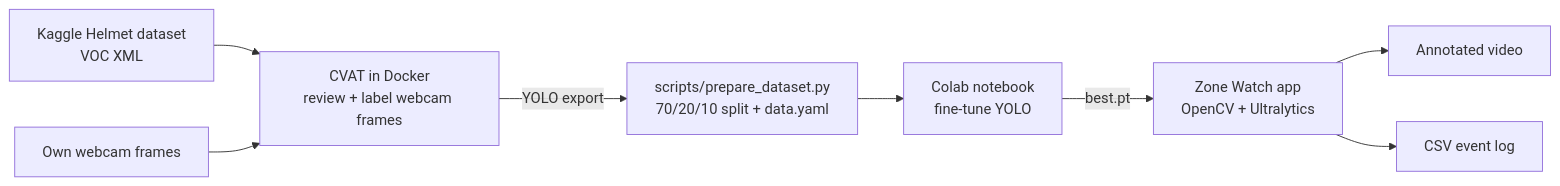
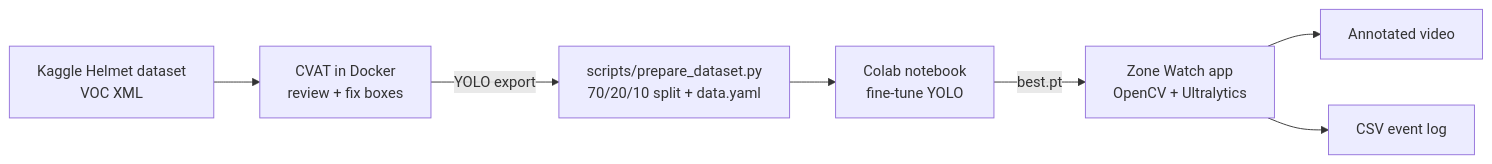
Before and after one commit to HasibeeGencc/zone-watch: the diagram in README.md, drawn with Mermaid. The commit also changed other lines of this file and 2 other files, not shown here.

Commit message:
feat(data): add CVAT packaging and reproducible dataset split

````diff
--- a/README.md
+++ b/README.md
@@ -20,10 +20,9 @@
 ```mermaid
 flowchart LR
-    A[Kaggle Helmet dataset<br/>VOC XML] --> B[CVAT in Docker<br/>review + label webcam frames]
-    W[Own webcam frames] --> B
+    A[Kaggle Helmet dataset<br/>VOC XML] --> B[CVAT in Docker<br/>review + fix boxes]
     B -->|YOLO export| C[scripts/prepare_dataset.py<br/>70/20/10 split + data.yaml]
     C --> D[Colab notebook<br/>fine-tune YOLO]
     D -->|best.pt| E[Zone Watch app<br/>OpenCV + Ultralytics]
     E --> F[Annotated video]
     E --> G[CSV event log]
 ```
````
